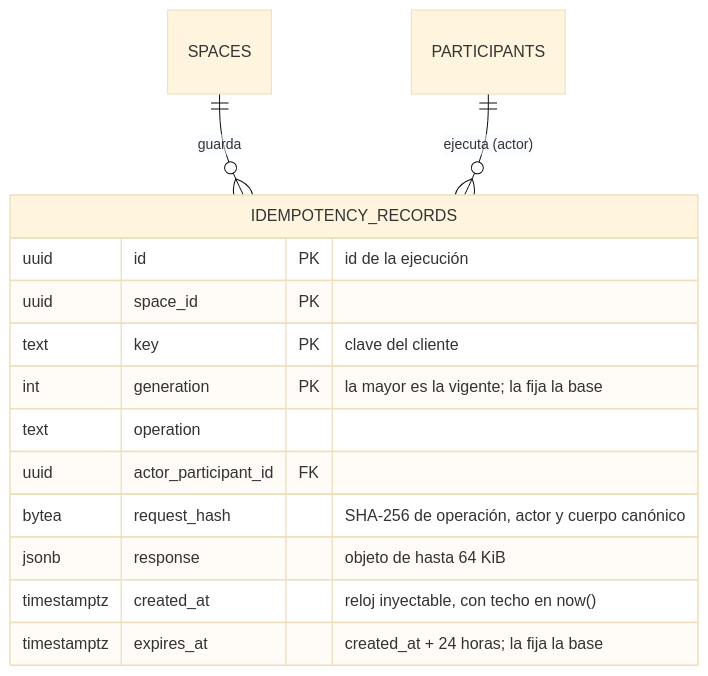
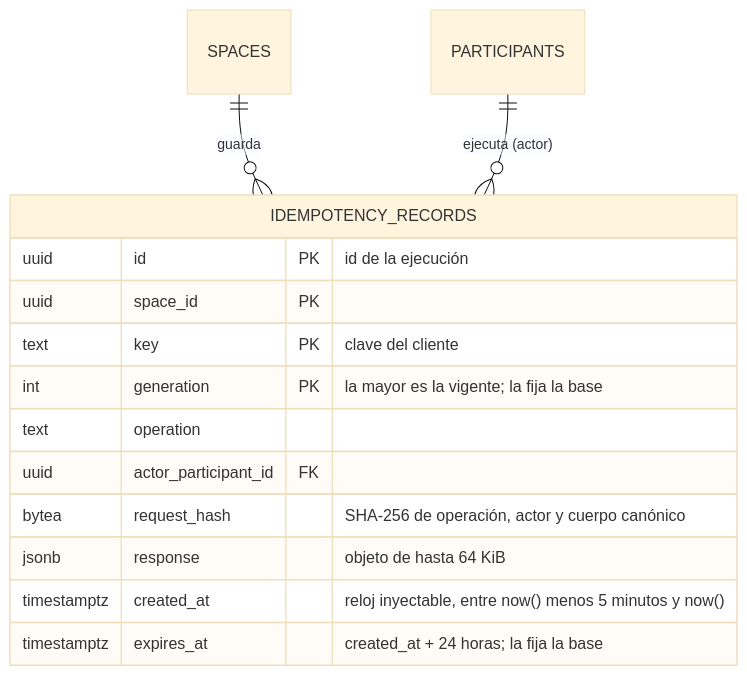
Before and after one commit to NexusThrive/nexusthrive: the fifth of 5 diagrams in docs/02-arquitectura/modelo-de-datos/kernel.md, drawn with Mermaid (base theme). The commit also changed other lines of this file and 14 other files, not shown here.

````diff
--- a/docs/02-arquitectura/modelo-de-datos/kernel.md
+++ b/docs/02-arquitectura/modelo-de-datos/kernel.md
@@ -347,18 +347,18 @@
 ```mermaid
 erDiagram
     SPACES ||--o{ IDEMPOTENCY_RECORDS : "guarda"
     PARTICIPANTS ||--o{ IDEMPOTENCY_RECORDS : "ejecuta (actor)"
 
     IDEMPOTENCY_RECORDS {
         uuid id PK "id de la ejecución"
         uuid space_id PK
         text key PK "clave del cliente"
         int generation PK "la mayor es la vigente; la fija la base"
         text operation
         uuid actor_participant_id FK
         bytea request_hash "SHA-256 de operación, actor y cuerpo canónico"
         jsonb response "objeto de hasta 64 KiB"
-        timestamptz created_at "reloj inyectable, con techo en now()"
+        timestamptz created_at "reloj inyectable, entre now() menos 5 minutos y now()"
         timestamptz expires_at "created_at + 24 horas; la fija la base"
     }
 ```
````
